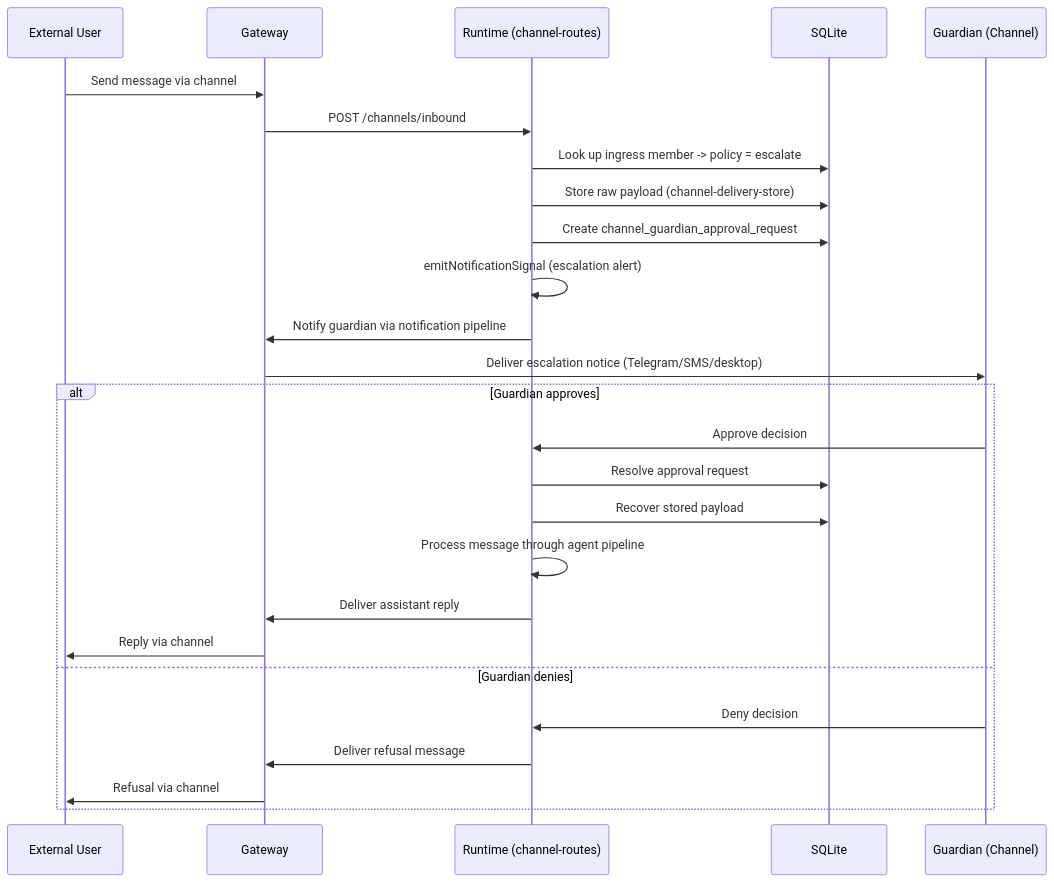
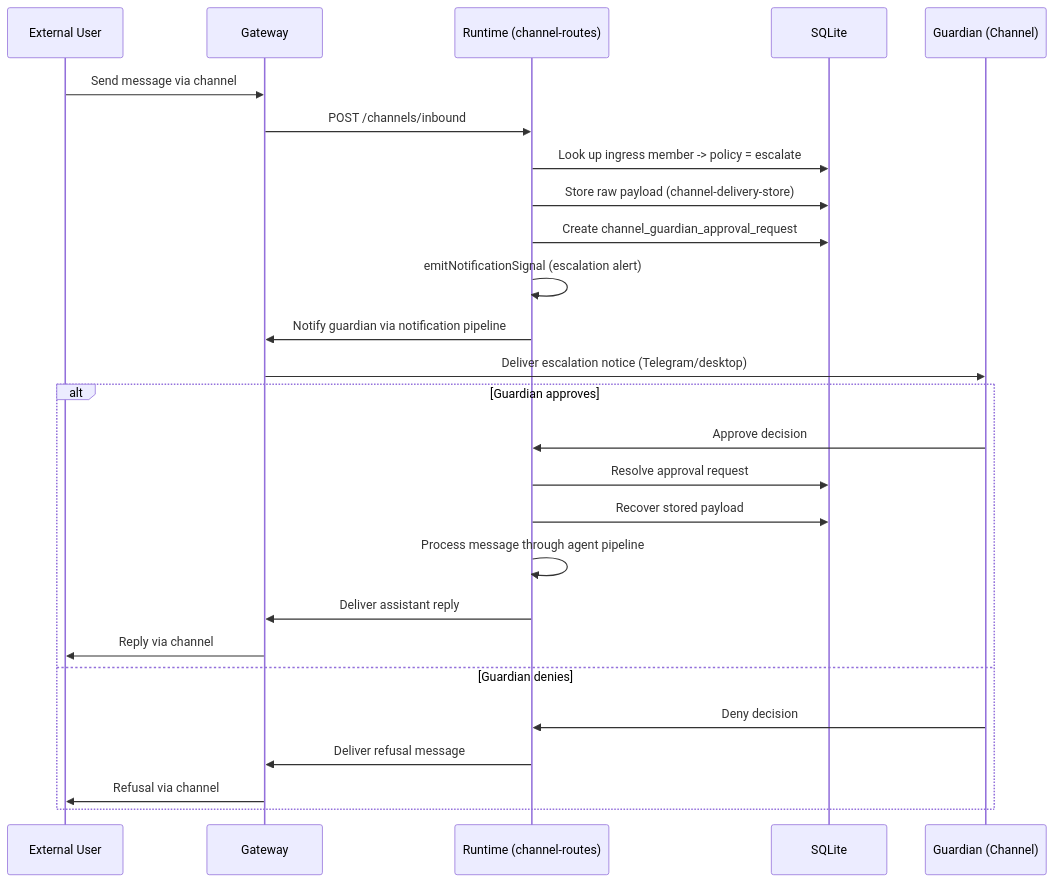
Before and after one commit to vellum-ai/vellum-assistant: the fourth of 6 diagrams in gateway/ARCHITECTURE.md, drawn with Mermaid. The commit also changed other lines of this file and 162 other files, not shown here.

Commit message:
chore: remove SMS from channel types, config schemas, and remaining references

````diff
--- a/gateway/ARCHITECTURE.md
+++ b/gateway/ARCHITECTURE.md
@@ -524,30 +517,30 @@
 ```mermaid
 sequenceDiagram
     participant Ext as External User
     participant GW as Gateway
     participant RT as Runtime (channel-routes)
     participant DB as SQLite
     participant Guardian as Guardian (Channel)
 
     Ext->>GW: Send message via channel
     GW->>RT: POST /channels/inbound
     RT->>DB: Look up ingress member -> policy = escalate
     RT->>DB: Store raw payload (channel-delivery-store)
     RT->>DB: Create channel_guardian_approval_request
     RT->>RT: emitNotificationSignal (escalation alert)
     RT->>GW: Notify guardian via notification pipeline
-    GW->>Guardian: Deliver escalation notice (Telegram/SMS/desktop)
+    GW->>Guardian: Deliver escalation notice (Telegram/desktop)
 
     alt Guardian approves
         Guardian->>RT: Approve decision
         RT->>DB: Resolve approval request
         RT->>DB: Recover stored payload
         RT->>RT: Process message through agent pipeline
         RT->>GW: Deliver assistant reply
         GW->>Ext: Reply via channel
     else Guardian denies
         Guardian->>RT: Deny decision
         RT->>GW: Deliver refusal message
         GW->>Ext: Refusal via channel
     end
 ```
````
